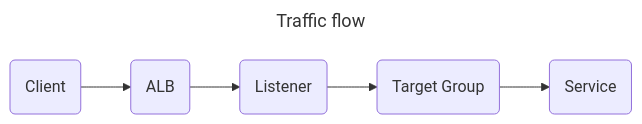
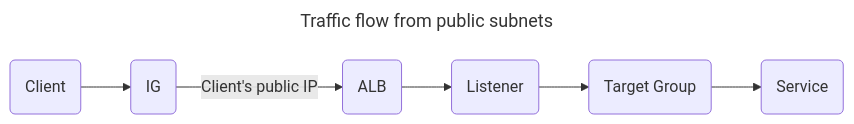
Before and after one commit to mcereda/oam: the first of 2 diagrams in knowledge base/cloud computing/aws/elb.md, drawn with Mermaid. The commit also changed other lines of this file and 1 other file, not shown here.

Commit message:
fix(aws/elb): correct traffic flows to application load balancers

````diff
--- a/knowledge base/cloud computing/aws/elb.md
+++ b/knowledge base/cloud computing/aws/elb.md
@@ -128,7 +140,9 @@
 ```mermaid
 ---
-title: Traffic flow
+title: Traffic flow from public subnets
 ---
 flowchart LR
-  c("Client") --> alb("ALB") --> l("Listener") --> t("Target Group") --> s("Service")
+  c("Client") --> ig("IG")
+  ig --Client's public IP--> alb("ALB")
+  alb --> l("Listener") --> t("Target Group") --> s("Service")
 ```
````
